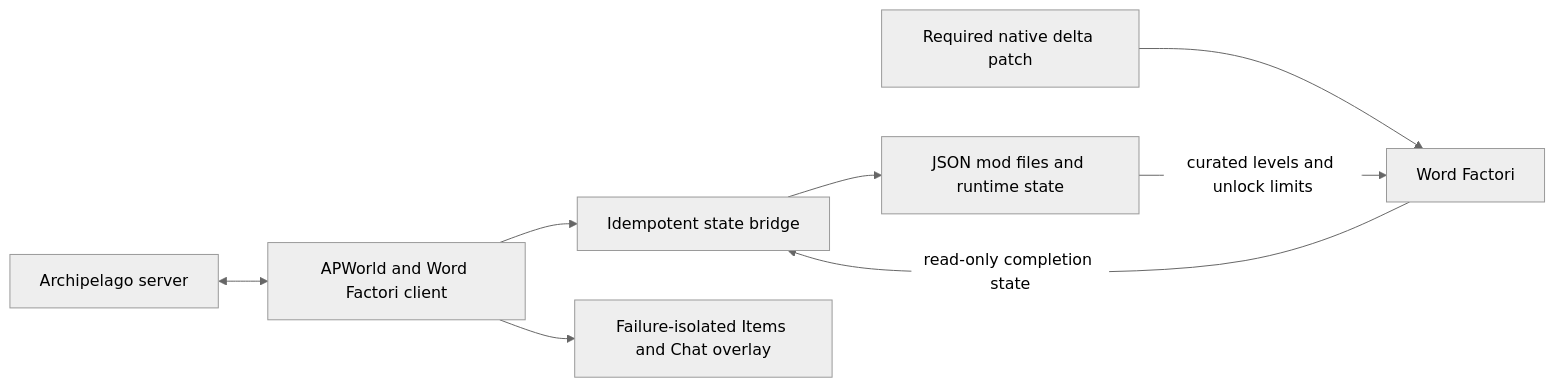
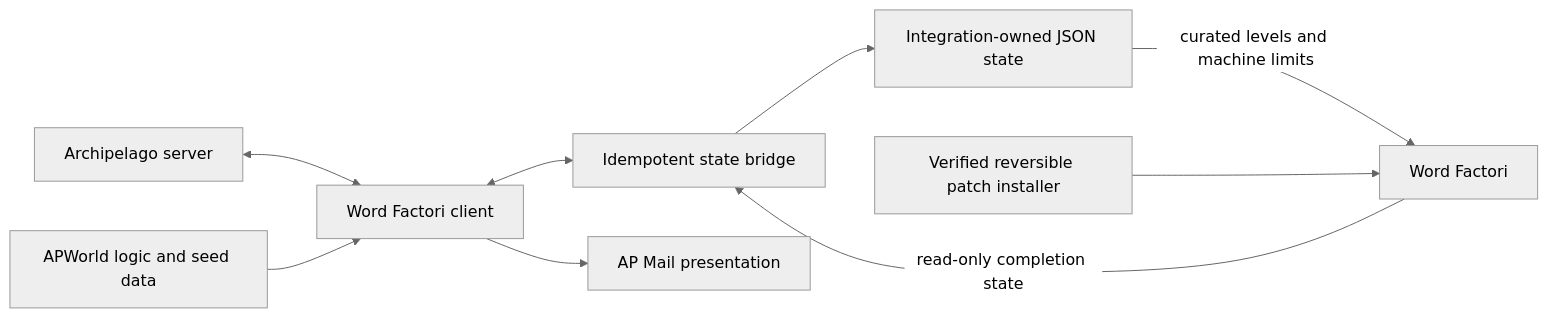
The diagram in README.md (Akamarus/word-factori-archipelago), drawn with Mermaid (neutral theme) before and after one commit. The commit also changed other lines of this file and 1 other file, not shown here.

````diff
--- a/README.md
+++ b/README.md
@@ -153,10 +38,11 @@
 ```mermaid
 flowchart LR
-    AP[Archipelago server] <--> Client[APWorld and Word Factori client]
-    Client --> Bridge[Idempotent state bridge]
-    Bridge --> Mod[JSON mod files and runtime state]
-    Patch[Required native delta patch] --> Game
+    AP[Archipelago server] <--> Client[Word Factori client]
+    World[APWorld logic and seed data] --> Client
+    Client <--> Bridge[Idempotent state bridge]
+    Bridge --> Mod[Integration-owned JSON state]
     Game[Word Factori] -->|read-only completion state| Bridge
-    Mod -->|curated levels and unlock limits| Game
-    Client --> Overlay[Failure-isolated Items and Chat overlay]
+    Mod -->|curated levels and machine limits| Game
+    Installer[Verified reversible patch installer] --> Game
+    Client --> Mail[AP Mail presentation]
 ```
````
